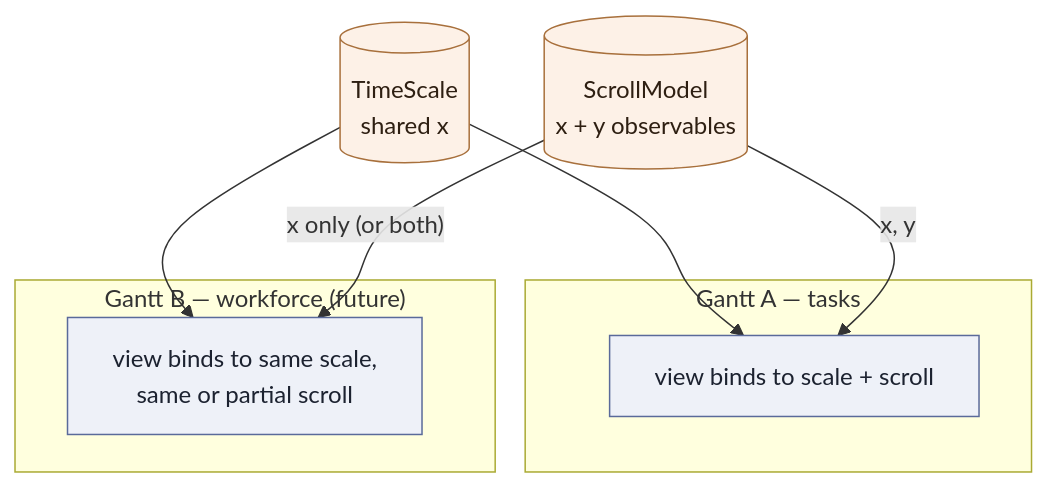
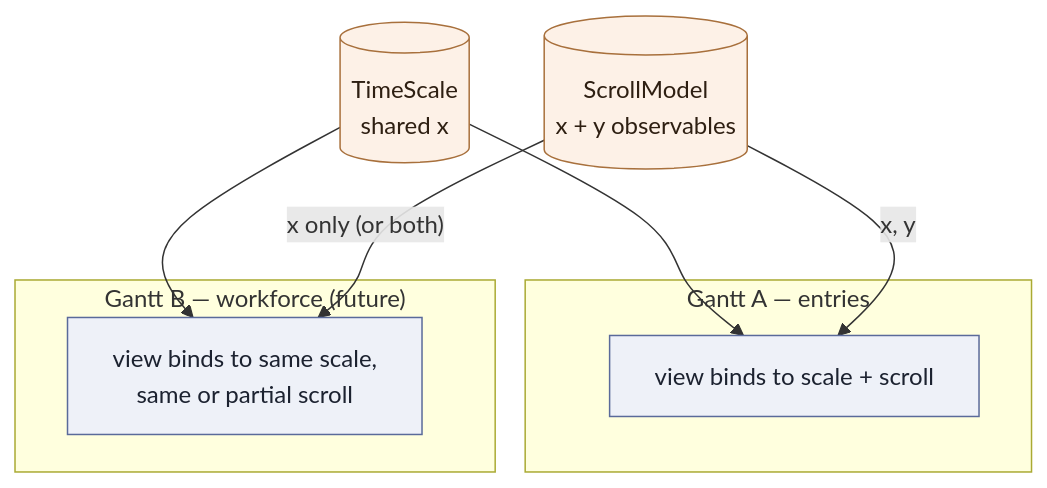
The sixth of 6 diagrams in plans/01-domain-architecture.md (freegantt/freegantt), drawn with Mermaid before and after one commit. The commit also changed other lines of this file and 38 other files, not shown here.

````diff
--- a/plans/01-domain-architecture.md
+++ b/plans/01-domain-architecture.md
@@ -465,22 +465,22 @@
 ```mermaid
 flowchart TB
   TS[("TimeScale<br/>shared x")]
   SM[("ScrollModel<br/>x + y observables")]
 
-  subgraph ganttA["Gantt A — tasks"]
+  subgraph ganttA["Gantt A — entries"]
     VA["view binds to scale + scroll"]
   end
   subgraph ganttB["Gantt B — workforce (future)"]
     VB["view binds to same scale,<br/>same or partial scroll"]
   end
 
   TS --> VA
   TS --> VB
   SM -->|x, y| VA
   SM -->|"x only (or both)"| VB
 
   classDef obj fill:#fdf1e7,stroke:#a8703c,color:#2e1f12
   classDef ch fill:#eef1f8,stroke:#5a6a9a,color:#1c2230
   class TS,SM obj
   class VA,VB ch
 ```
````
